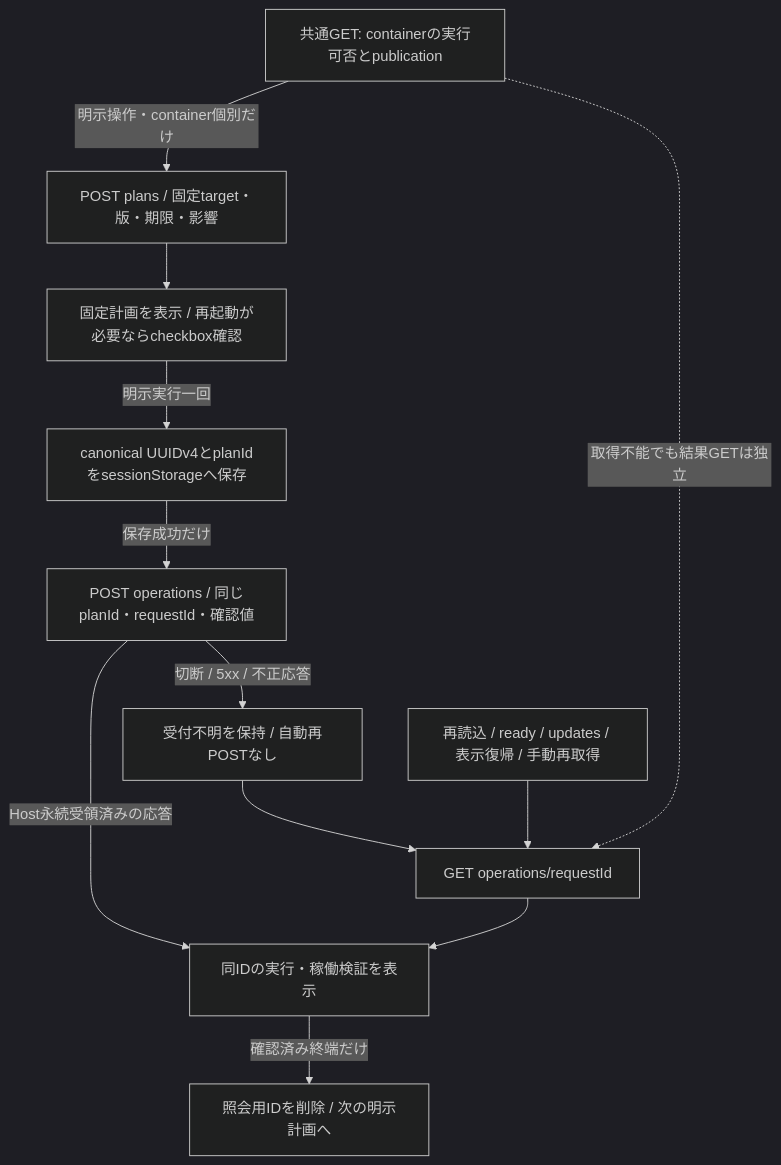
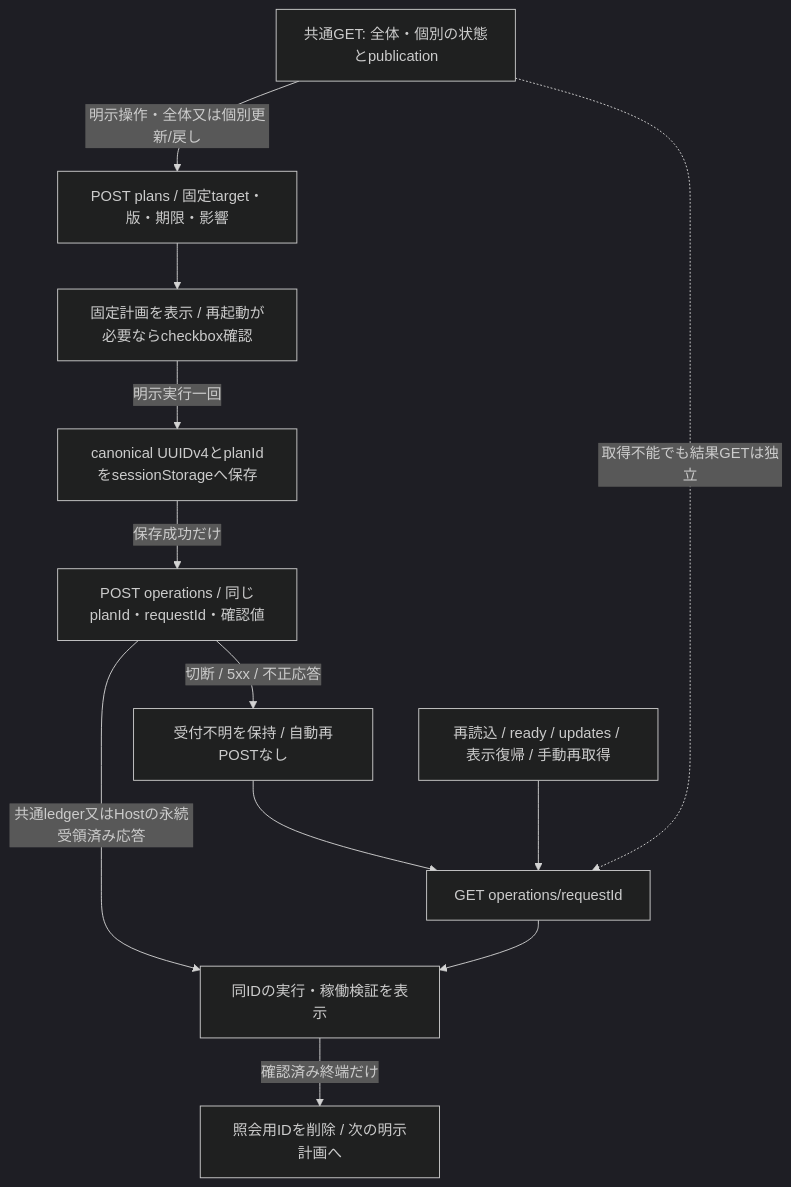
The first of 3 diagrams in docs/architecture/modules/web/update-notice-design.md (kitepon/BellTeam), drawn with Mermaid (dark theme) before and after one commit. The commit also changed other lines of this file and 4 other files, not shown here.

````diff
--- a/docs/architecture/modules/web/update-notice-design.md
+++ b/docs/architecture/modules/web/update-notice-design.md
@@ -69,14 +69,14 @@
 ```mermaid
 flowchart TD
-  Inventory["共通GET: containerの実行可否とpublication"] -->|"明示操作・container個別だけ"| Plan["POST plans / 固定target・版・期限・影響"]
+  Inventory["共通GET: 全体・個別の状態とpublication"] -->|"明示操作・全体又は個別更新/戻し"| Plan["POST plans / 固定target・版・期限・影響"]
   Plan --> Inspect["固定計画を表示 / 再起動が必要ならcheckbox確認"]
   Inspect -->|"明示実行一回"| Save["canonical UUIDv4とplanIdをsessionStorageへ保存"]
   Save -->|"保存成功だけ"| Start["POST operations / 同じplanId・requestId・確認値"]
-  Start -->|"Host永続受領済みの応答"| Result["同IDの実行・稼働検証を表示"]
+  Start -->|"共通ledger又はHostの永続受領済み応答"| Result["同IDの実行・稼働検証を表示"]
   Start -->|"切断 / 5xx / 不正応答"| Unknown["受付不明を保持 / 自動再POSTなし"]
   Unknown --> Read["GET operations/requestId"]
   Reload["再読込 / ready / updates / 表示復帰 / 手動再取得"] --> Read
   Read --> Result
   Inventory -.->|"取得不能でも結果GETは独立"| Read
   Result -->|"確認済み終端だけ"| Clear["照会用IDを削除 / 次の明示計画へ"]
 ```
````
